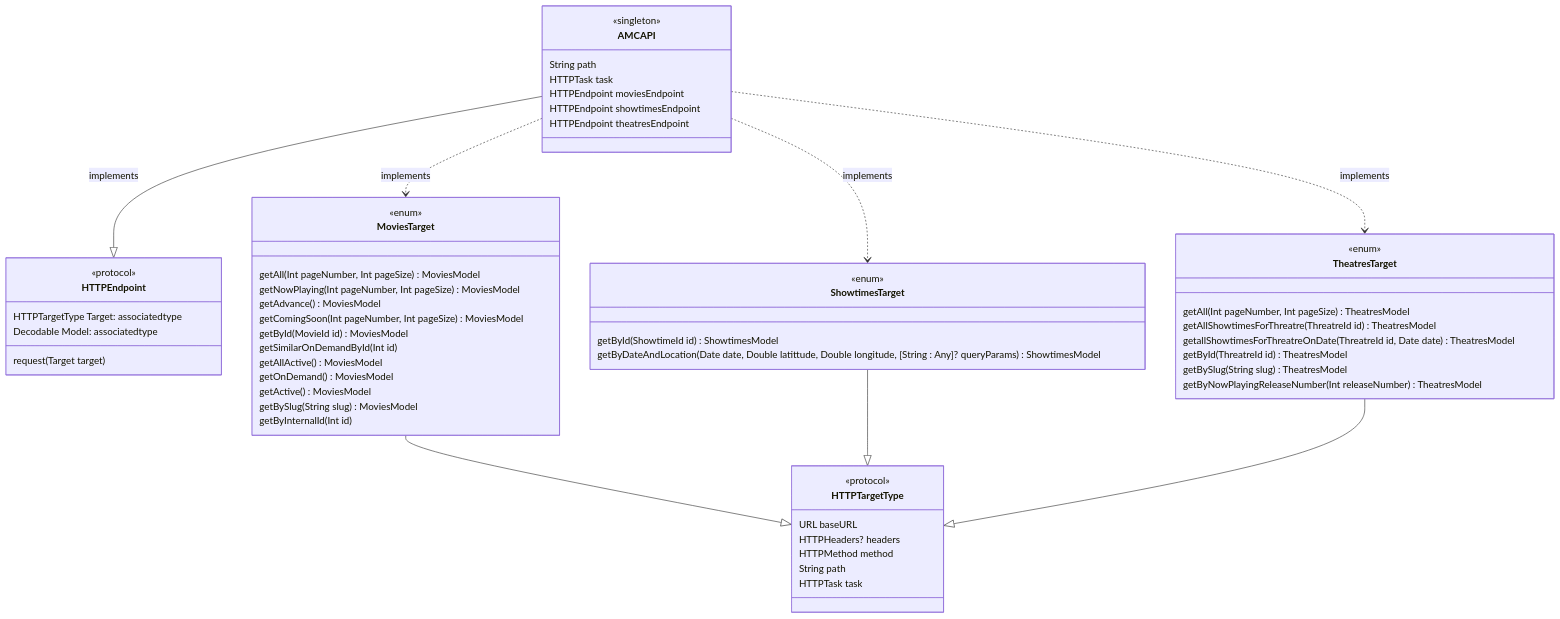
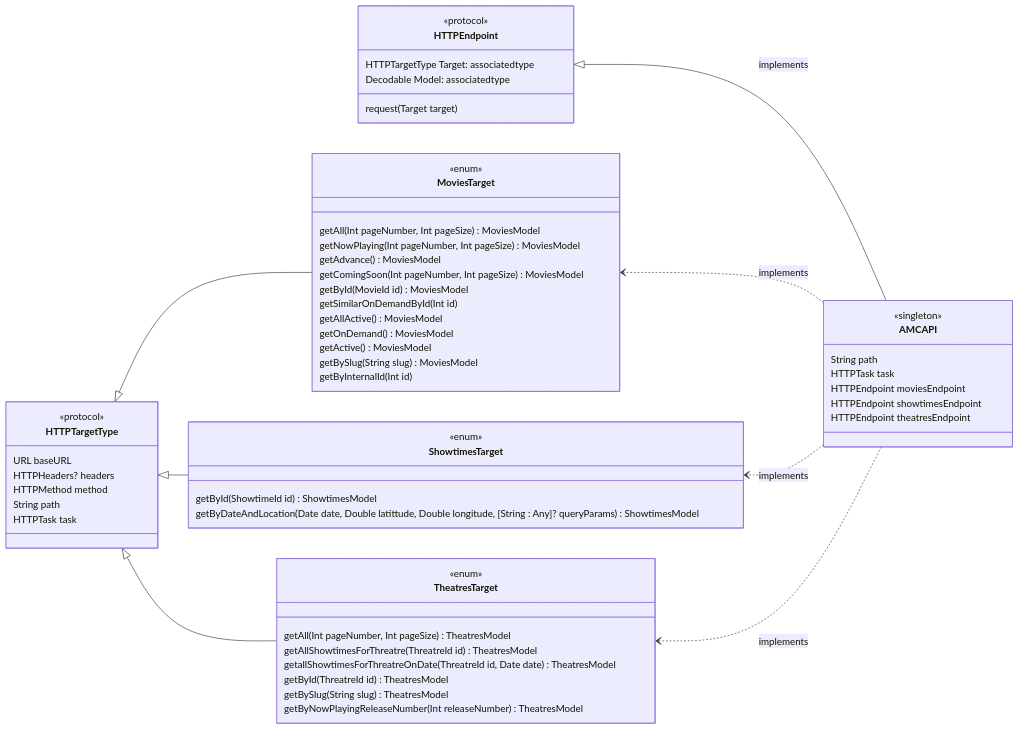
Before and after one commit to StateMachineJunkie/AMCAPI: the second of 2 diagrams in README.md, drawn with Mermaid. The commit also changed other lines of this file, not shown here.

Commit message:
Design diagram direction RL.

````diff
--- a/README.md
+++ b/README.md
@@ -29,68 +29,69 @@
 ```mermaid
 classDiagram
+	direction RL
 	class HTTPEndpoint {
 		<<protocol>>
 		HTTPTargetType Target: associatedtype
 		Decodable Model: associatedtype
 		
 		request(Target target)
 	}
 
     class AMCAPI {
         <<singleton>>
         String path
         HTTPTask task
         HTTPEndpoint moviesEndpoint
         HTTPEndpoint showtimesEndpoint
         HTTPEndpoint theatresEndpoint
     }
 
 	class HTTPTargetType {
 		<<protocol>>
 		URL baseURL
 		HTTPHeaders? headers
 		HTTPMethod method
 		String path
 		HTTPTask task
 	}
 	
     class MoviesTarget {
         <<enum>>
         getAll(Int pageNumber, Int pageSize) MoviesModel
         getNowPlaying(Int pageNumber, Int pageSize)  MoviesModel
         getAdvance() MoviesModel
         getComingSoon(Int pageNumber, Int pageSize) MoviesModel
         getById(MovieId id) MoviesModel
         getSimilarOnDemandById(Int id)
         getAllActive() MoviesModel
         getOnDemand() MoviesModel
         getActive() MoviesModel
         getBySlug(String slug) MoviesModel
         getByInternalId(Int id)
     }
 
     class ShowtimesTarget {
         <<enum>>
         getById(ShowtimeId id) ShowtimesModel
         getByDateAndLocation(Date date, Double latittude, Double longitude, [String : Any]? queryParams) ShowtimesModel
     }
 
     class TheatresTarget {
         <<enum>>
         getAll(Int pageNumber, Int pageSize) TheatresModel
         getAllShowtimesForThreatre(ThreatreId id) TheatresModel
         getallShowtimesForThreatreOnDate(ThreatreId id, Date date) TheatresModel
         getById(ThreatreId id) TheatresModel
         getBySlug(String slug) TheatresModel
         getByNowPlayingReleaseNumber(Int releaseNumber) TheatresModel
     }
 
     AMCAPI --|> HTTPEndpoint: implements
     AMCAPI ..> MoviesTarget: implements
     AMCAPI ..> ShowtimesTarget: implements
     AMCAPI ..> TheatresTarget: implements
 
     MoviesTarget --|> HTTPTargetType
     ShowtimesTarget --|> HTTPTargetType
     TheatresTarget --|> HTTPTargetType
 ```
````
